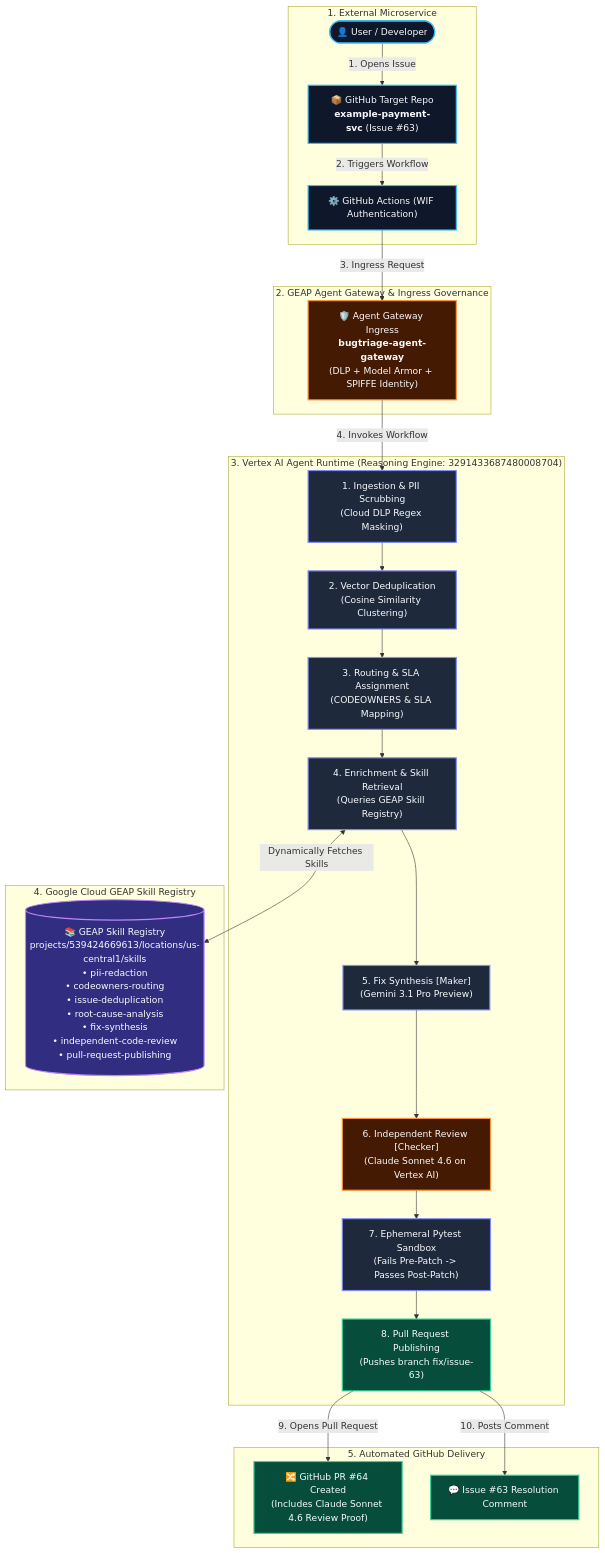
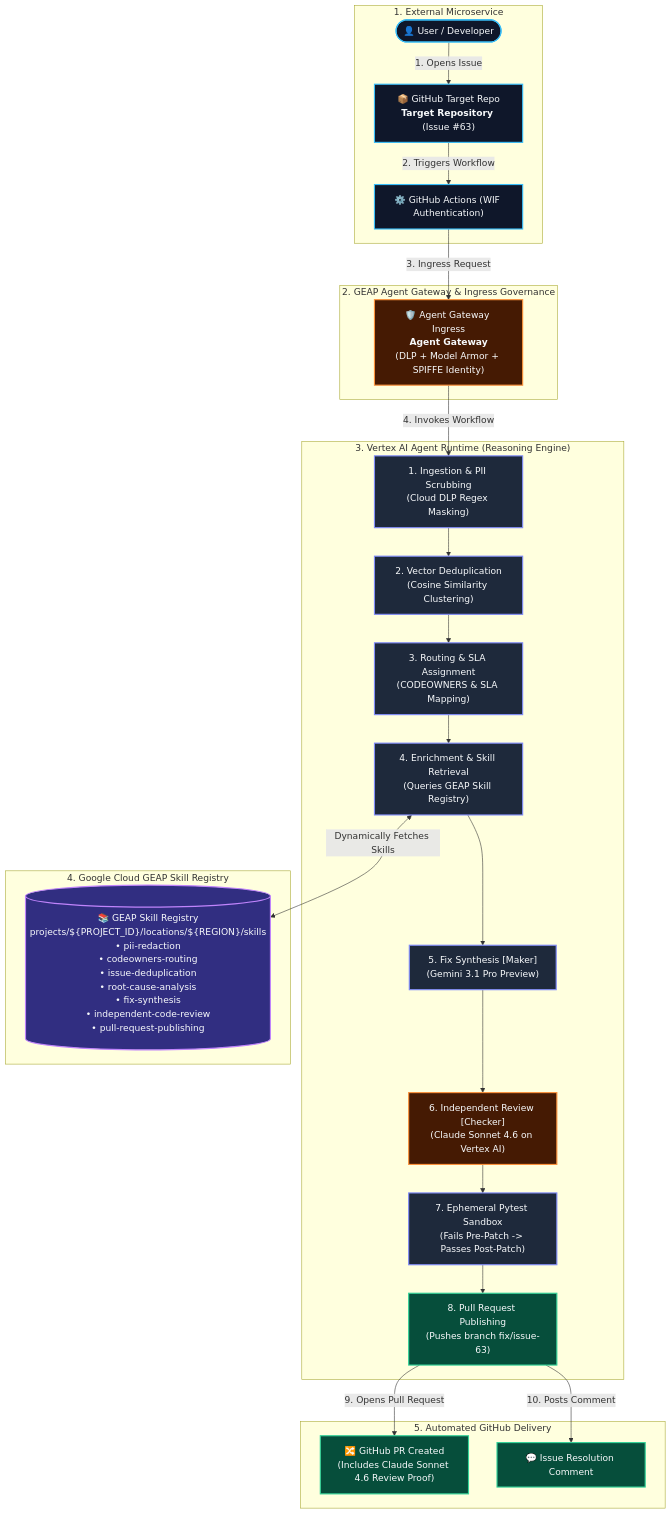
Before and after one commit to aiarchitect2406/bugtriage-agent: the diagram in README.md, drawn with Mermaid. The commit also changed other lines of this file and 12 other files, not shown here.

````diff
--- a/README.md
+++ b/README.md
@@ -40,38 +39,38 @@
 ```mermaid
 flowchart TD
     classDef darkBox fill:#0f172a,stroke:#38bdf8,stroke-width:2px,color:#f8fafc;
     classDef darkStep fill:#1e293b,stroke:#818cf8,stroke-width:2px,color:#f8fafc;
     classDef darkSec fill:#451a03,stroke:#fb923c,stroke-width:2px,color:#f8fafc;
     classDef darkSuccess fill:#064e3b,stroke:#34d399,stroke-width:2px,color:#f8fafc;
     classDef darkCloud fill:#312e81,stroke:#c084fc,stroke-width:2px,color:#f8fafc;
 
     subgraph External["1. External Microservice"]
-        User(["👤 User / Developer"]):::darkBox -->|"1. Opens Issue"| GHIssue["📦 GitHub Target Repo<br/><b>example-payment-svc</b> (Issue #63)"]:::darkBox
+        User(["👤 User / Developer"]):::darkBox -->|"1. Opens Issue"| GHIssue["📦 GitHub Target Repo<br/><b>Target Repository</b> (Issue #63)"]:::darkBox
         GHIssue -->|"2. Triggers Workflow"| GHActions["⚙️ GitHub Actions (WIF Authentication)"]:::darkBox
     end
 
     subgraph Gateway["2. GEAP Agent Gateway & Ingress Governance"]
-        GHActions -->|"3. Ingress Request"| AgentGW["🛡️ Agent Gateway Ingress<br/><b>bugtriage-agent-gateway</b><br/>(DLP + Model Armor + SPIFFE Identity)"]:::darkSec
+        GHActions -->|"3. Ingress Request"| AgentGW["🛡️ Agent Gateway Ingress<br/><b>Agent Gateway</b><br/>(DLP + Model Armor + SPIFFE Identity)"]:::darkSec
     end
 
-    subgraph Runtime["3. Vertex AI Agent Runtime (Reasoning Engine: 3291433687480008704)"]
+    subgraph Runtime["3. Vertex AI Agent Runtime (Reasoning Engine)"]
         AgentGW -->|"4. Invokes Workflow"| Node1["1. Ingestion & PII Scrubbing<br/>(Cloud DLP Regex Masking)"]:::darkStep
         Node1 --> Node2["2. Vector Deduplication<br/>(Cosine Similarity Clustering)"]:::darkStep
         Node2 --> Node3["3. Routing & SLA Assignment<br/>(CODEOWNERS & SLA Mapping)"]:::darkStep
         Node3 --> Node4["4. Enrichment & Skill Retrieval<br/>(Queries GEAP Skill Registry)"]:::darkStep
         Node4 --> Node5["5. Fix Synthesis [Maker]<br/>(Gemini 3.1 Pro Preview)"]:::darkStep
         Node5 --> Node6["6. Independent Review [Checker]<br/>(Claude Sonnet 4.6 on Vertex AI)"]:::darkSec
         Node6 --> Node7["7. Ephemeral Pytest Sandbox<br/>(Fails Pre-Patch -> Passes Post-Patch)"]:::darkStep
         Node7 --> Node8["8. Pull Request Publishing<br/>(Pushes branch fix/issue-63)"]:::darkSuccess
     end
 
     subgraph Registry["4. Google Cloud GEAP Skill Registry"]
-        SkillReg[("📚 GEAP Skill Registry<br/>projects/539424669613/locations/us-central1/skills<br/>• pii-redaction<br/>• codeowners-routing<br/>• issue-deduplication<br/>• root-cause-analysis<br/>• fix-synthesis<br/>• independent-code-review<br/>• pull-request-publishing")]:::darkCloud
+        SkillReg[("📚 GEAP Skill Registry<br/>projects/${PROJECT_ID}/locations/${REGION}/skills<br/>• pii-redaction<br/>• codeowners-routing<br/>• issue-deduplication<br/>• root-cause-analysis<br/>• fix-synthesis<br/>• independent-code-review<br/>• pull-request-publishing")]:::darkCloud
         Node4 <-->|"Dynamically Fetches Skills"| SkillReg
     end
 
     subgraph Output["5. Automated GitHub Delivery"]
-        Node8 -->|"9. Opens Pull Request"| GHPR["🔀 GitHub PR #64 Created<br/>(Includes Claude Sonnet 4.6 Review Proof)"]:::darkSuccess
-        Node8 -->|"10. Posts Comment"| GHComment["💬 Issue #63 Resolution Comment"]:::darkSuccess
+        Node8 -->|"9. Opens Pull Request"| GHPR["🔀 GitHub PR Created<br/>(Includes Claude Sonnet 4.6 Review Proof)"]:::darkSuccess
+        Node8 -->|"10. Posts Comment"| GHComment["💬 Issue Resolution Comment"]:::darkSuccess
     end
 ```
````
